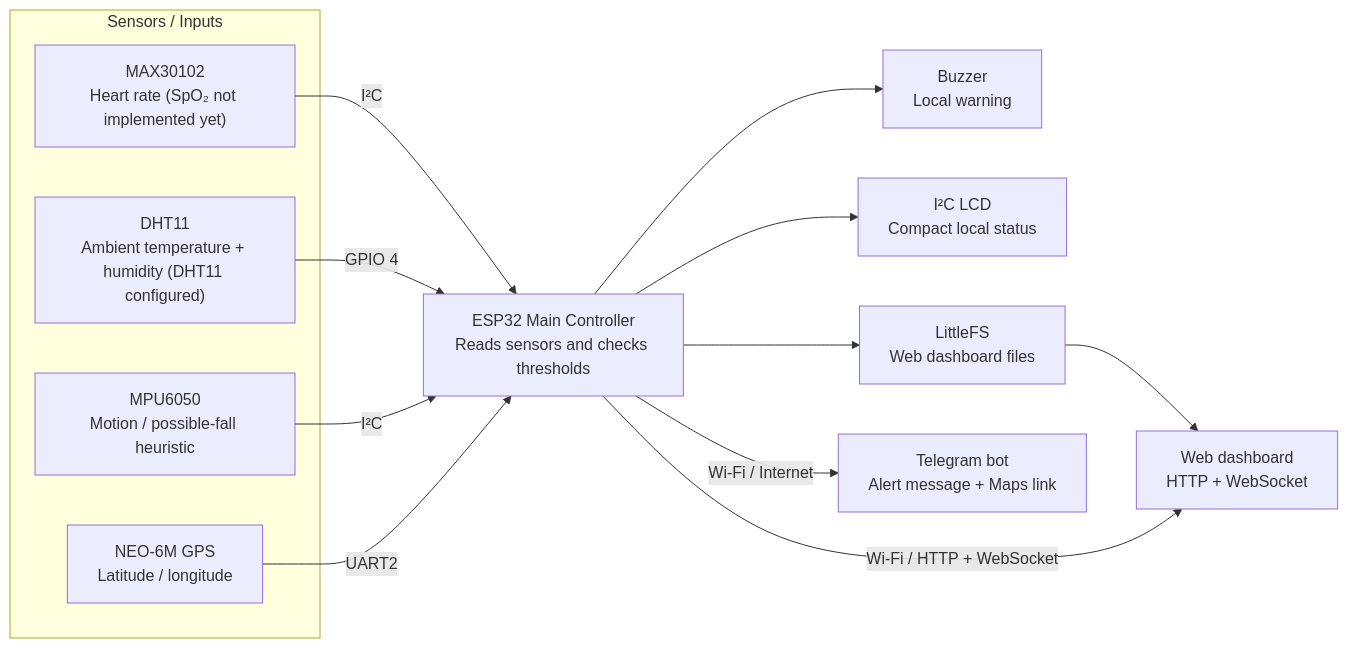
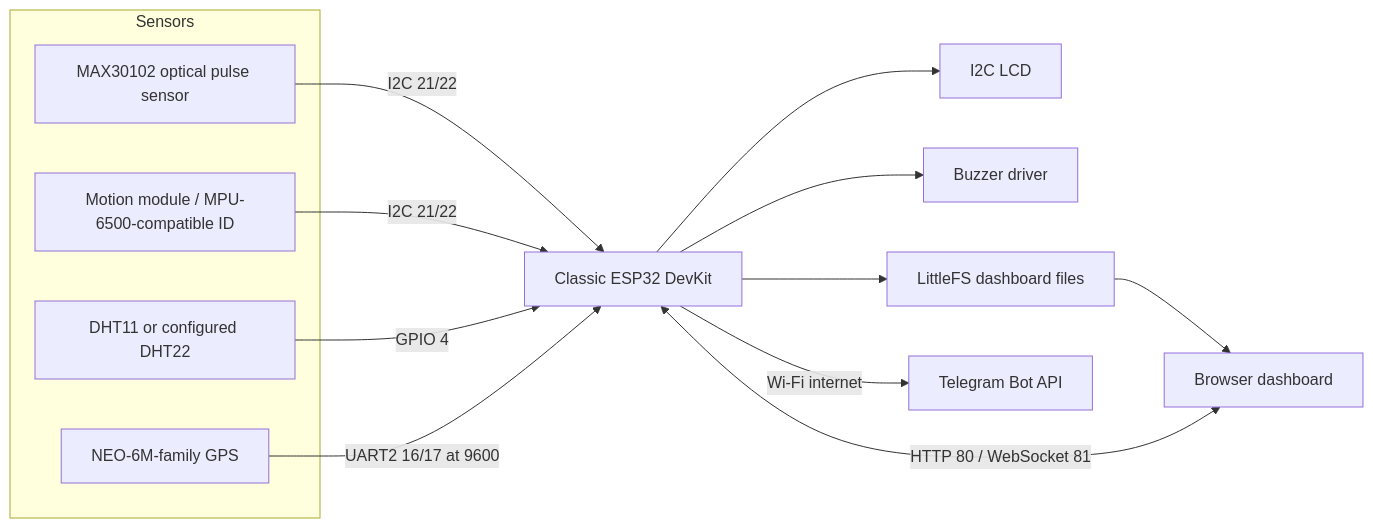
Before and after one commit to DhanushgowdaS/Soldier-Health-Monitoring-Wearable: the diagram in docs/architecture.md, drawn with Mermaid. The commit also changed other lines of this file, not shown here.

Commit message:
Update docs/architecture.md for current firmware and release documentation

````diff
--- a/docs/architecture.md
+++ b/docs/architecture.md
@@ -7,27 +9,26 @@
 ```mermaid
 flowchart LR
-  subgraph Inputs["Sensors / Inputs"]
-    HR["MAX30102\nHeart rate (SpO₂ not implemented yet)"]
-    DHT["DHT11\nAmbient temperature + humidity (DHT11 configured)"]
-    IMU["MPU6050\nMotion / possible-fall heuristic"]
-    GPS["NEO-6M GPS\nLatitude / longitude"]
+  subgraph Sensors
+    HR[MAX30102 optical pulse sensor]
+    IMU[Motion module / MPU-6500-compatible ID]
+    DHT[DHT11 or configured DHT22]
+    GPS[NEO-6M-family GPS]
   end
+  ESP[Classic ESP32 DevKit]
+  LCD[I2C LCD]
+  BUZ[Buzzer driver]
+  FS[LittleFS dashboard files]
+  WEB[Browser dashboard]
+  TG[Telegram Bot API]
 
-  ESP["ESP32 Main Controller\nReads sensors and checks thresholds"]
-  BUZ["Buzzer\nLocal warning"]
-  LCD["I²C LCD\nCompact local status"]
-  FS["LittleFS\nWeb dashboard files"]
-  DASH["Web dashboard\nHTTP + WebSocket"]
-  TG["Telegram bot\nAlert message + Maps link"]
-
-  HR -->|I²C| ESP
+  HR -->|I2C 21/22| ESP
+  IMU -->|I2C 21/22| ESP
   DHT -->|GPIO 4| ESP
-  IMU -->|I²C| ESP
-  GPS -->|UART2| ESP
+  GPS -->|UART2 16/17 at 9600| ESP
+  ESP --> LCD
   ESP --> BUZ
-  ESP --> LCD
   ESP --> FS
-  FS --> DASH
-  ESP -->|Wi-Fi / Internet| TG
-  ESP -->|Wi-Fi / HTTP + WebSocket| DASH
+  FS --> WEB
+  ESP <-->|HTTP 80 / WebSocket 81| WEB
+  ESP -->|Wi-Fi internet| TG
 ```
````
